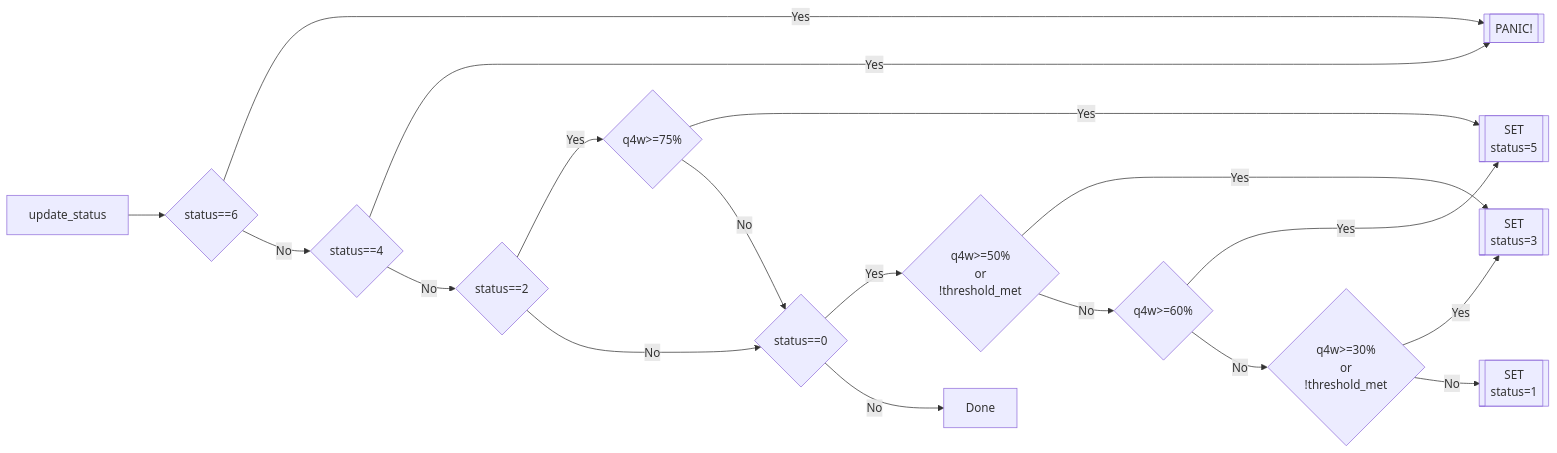
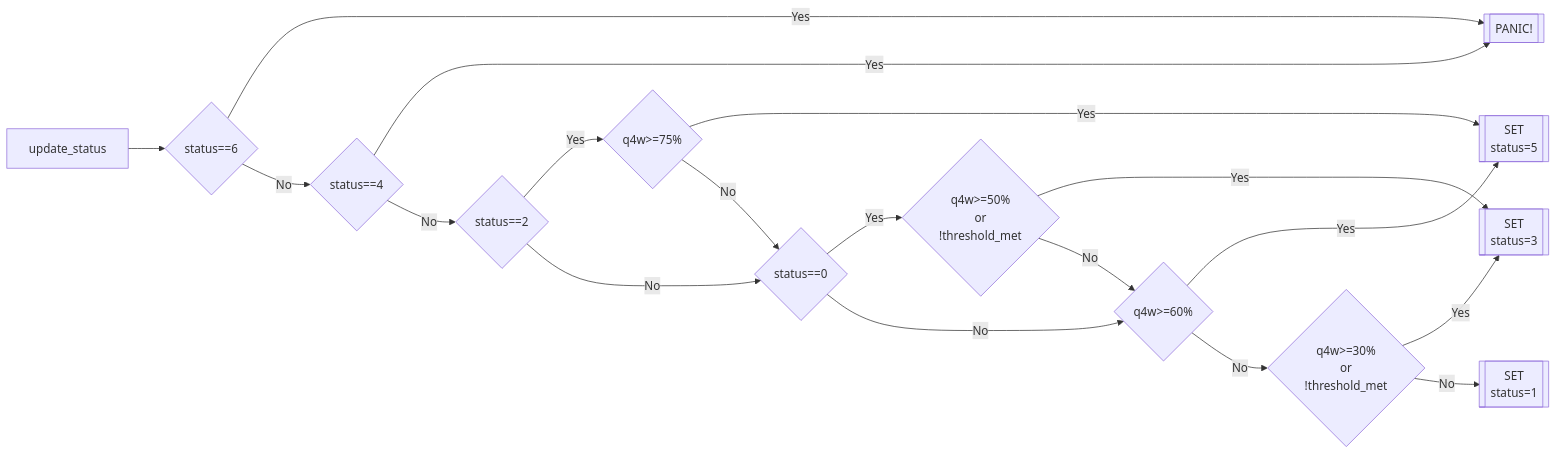
One commit to blend-capital/docs-v2 changed the first of 2 diagrams in tech-docs/core-contracts/lending-pool/pool-management.md. Above: the diagram before and after it, drawn with Mermaid.

Commit message:
GITBOOK-18: No subject

````diff
--- a/tech-docs/core-contracts/lending-pool/pool-management.md
+++ b/tech-docs/core-contracts/lending-pool/pool-management.md
@@ -22,27 +22,27 @@
 ```mermaid
 flowchart LR
     A[update_status] --> B{status==6}
     B --------->|Yes| C[[PANIC!]]
     B -->|No| D{status==4}
     D -->|Yes| C
     D -->|No| E{status==2}
     E -->|Yes| F{q4w>=75%}
     F ------>|Yes| G[["SET
     status=5"]]
     E -->|No| H{status==0}
     F -->|No| H
     H -->|Yes| I{"q4w>=50%
     or
     !threshold_met"}
     I -->|Yes| J[["SET
     status=3"]]
     I -->|No| K{q4w>=60%}
-    H -->|No| Done
+    H -->|No| K
     K -->|Yes| G
     K -->|No| L{"q4w>=30%
     or
     !threshold_met"}
     L -->|Yes| J
     L -->|No| M[["SET
     status=1"]]
 ```
````
